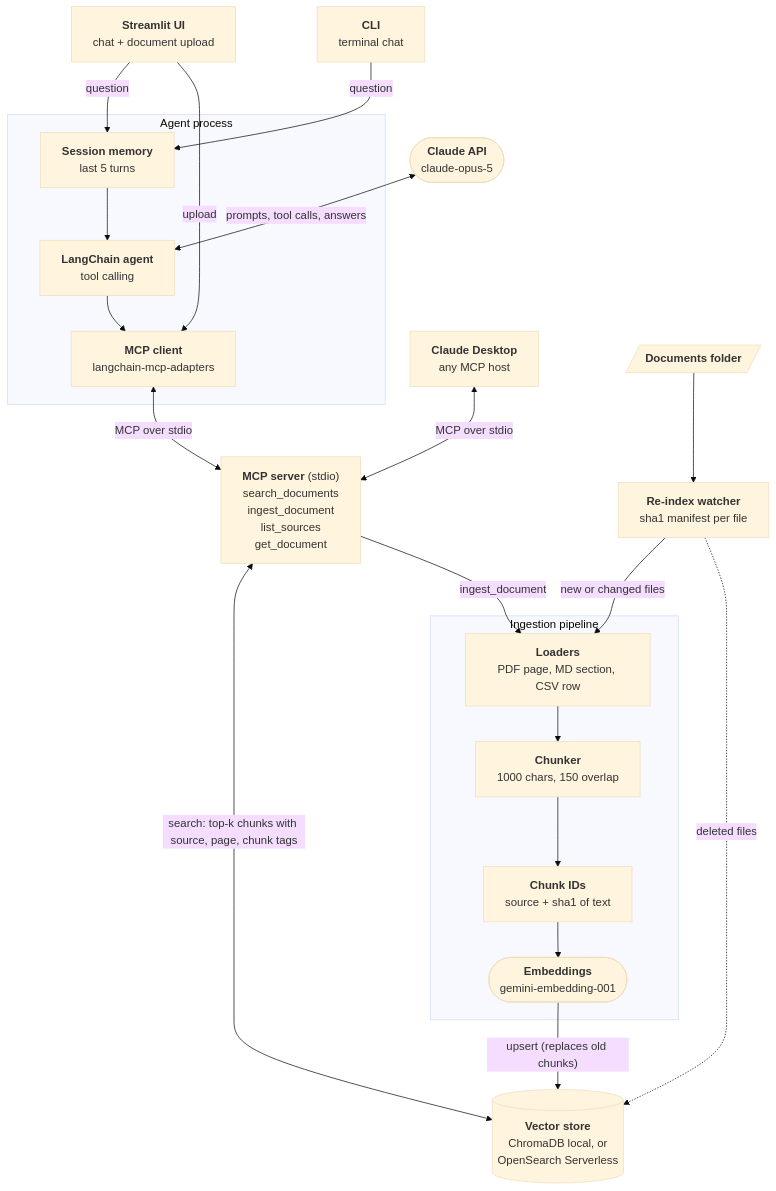
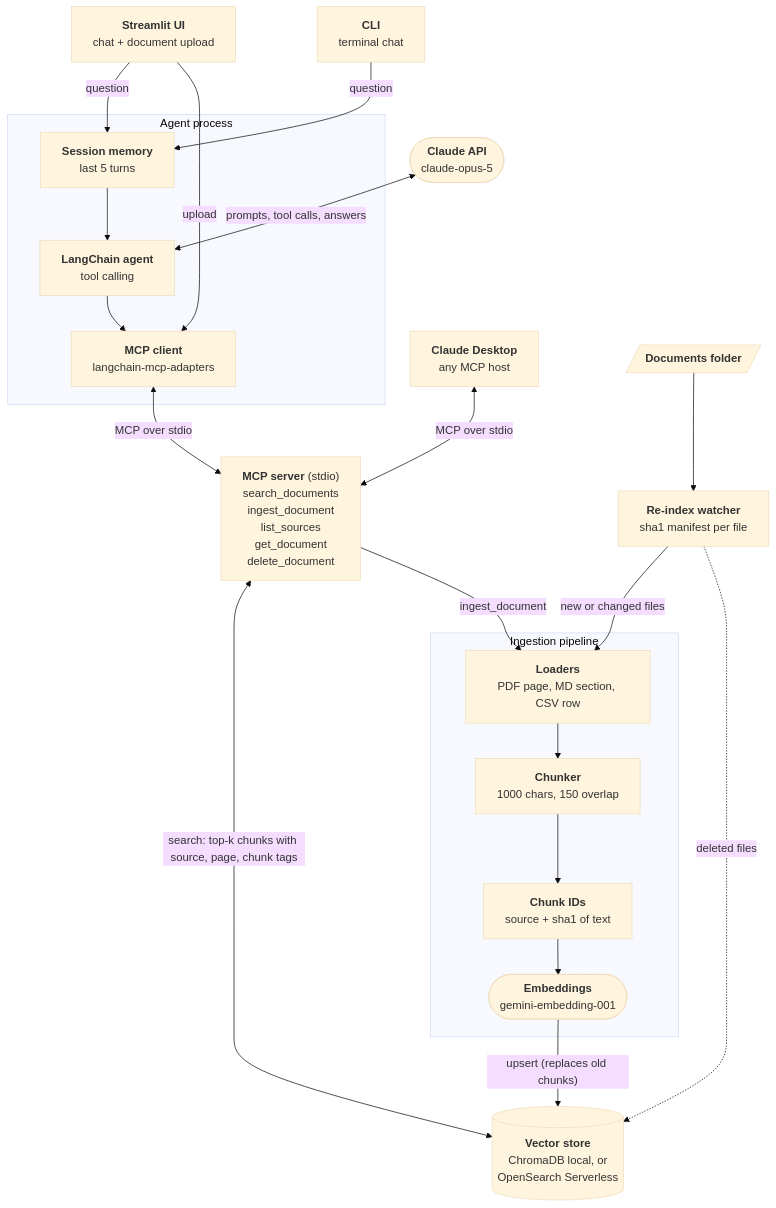
One commit to Majody21/rag-agent-system changed the diagram in docs/architecture.mmd. Above: the diagram before and after it, drawn with Mermaid (base theme). The commit also changed 2 other files, not shown here.

Commit message:
Show delete_document in the diagram and MCP tool table

```diff
--- a/docs/architecture.mmd
+++ b/docs/architecture.mmd
@@ -1,59 +1,60 @@
 flowchart TB
     UI["`**Streamlit UI**
     chat + document upload`"]
     CLI["`**CLI**
     terminal chat`"]
     CD["`**Claude Desktop**
     any MCP host`"]
 
     subgraph AGENT["Agent process"]
         SES["`**Session memory**
         last 5 turns`"]
         AG["`**LangChain agent**
         tool calling`"]
         MCPC["`**MCP client**
         langchain-mcp-adapters`"]
     end
 
     LLM(["`**Claude API**
     claude-opus-5`"])
 
     MCPS["`**MCP server** (stdio)
     search_documents
     ingest_document
     list_sources
-    get_document`"]
+    get_document
+    delete_document`"]
 
     subgraph INGEST["Ingestion pipeline"]
         LD["`**Loaders**
         PDF page, MD section, CSV row`"]
         CH["`**Chunker**
         1000 chars, 150 overlap`"]
         HID["`**Chunk IDs**
         source + sha1 of text`"]
         EMB(["`**Embeddings**
         gemini-embedding-001`"])
     end
 
     DOCS[/"`**Documents folder**`"/]
     RW["`**Re-index watcher**
     sha1 manifest per file`"]
 
     VS[("`**Vector store**
     ChromaDB local, or
     OpenSearch Serverless`")]
 
     UI -- question --> SES
     CLI -- question --> SES
     SES --> AG
     LLM <-- "prompts, tool calls, answers" --> AG
     AG --> MCPC
     MCPC <-- "MCP over stdio" --> MCPS
     CD <-- "MCP over stdio" --> MCPS
     MCPS <-- "search: top-k chunks with source, page, chunk tags" --> VS
     MCPS -- ingest_document --> LD
     UI -- upload --> MCPC
     DOCS --> RW
     RW -- "new or changed files" --> LD
     RW -. "deleted files" .-> VS
     LD --> CH --> HID --> EMB -- "upsert (replaces old chunks)" --> VS
```
